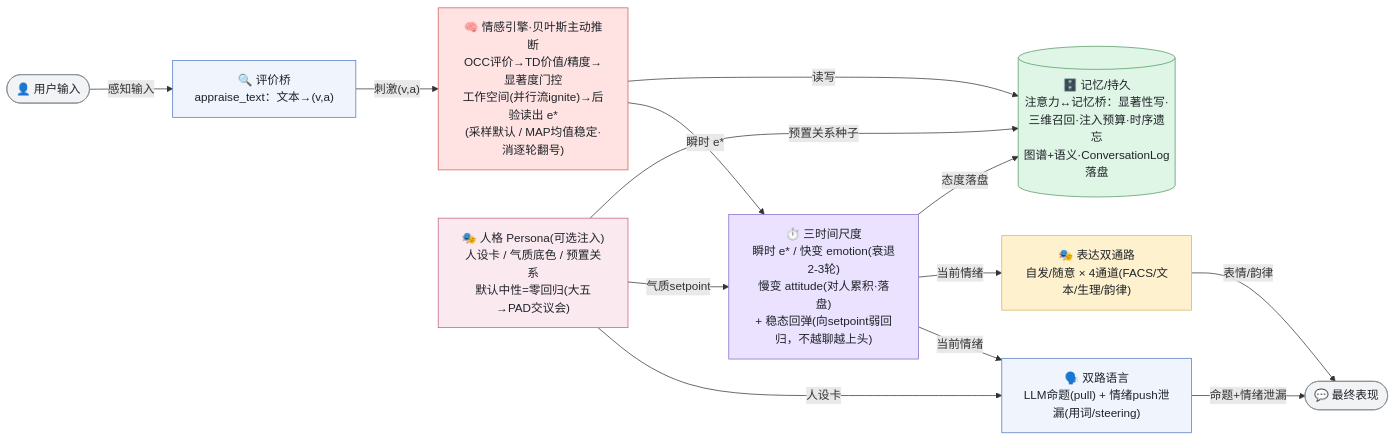
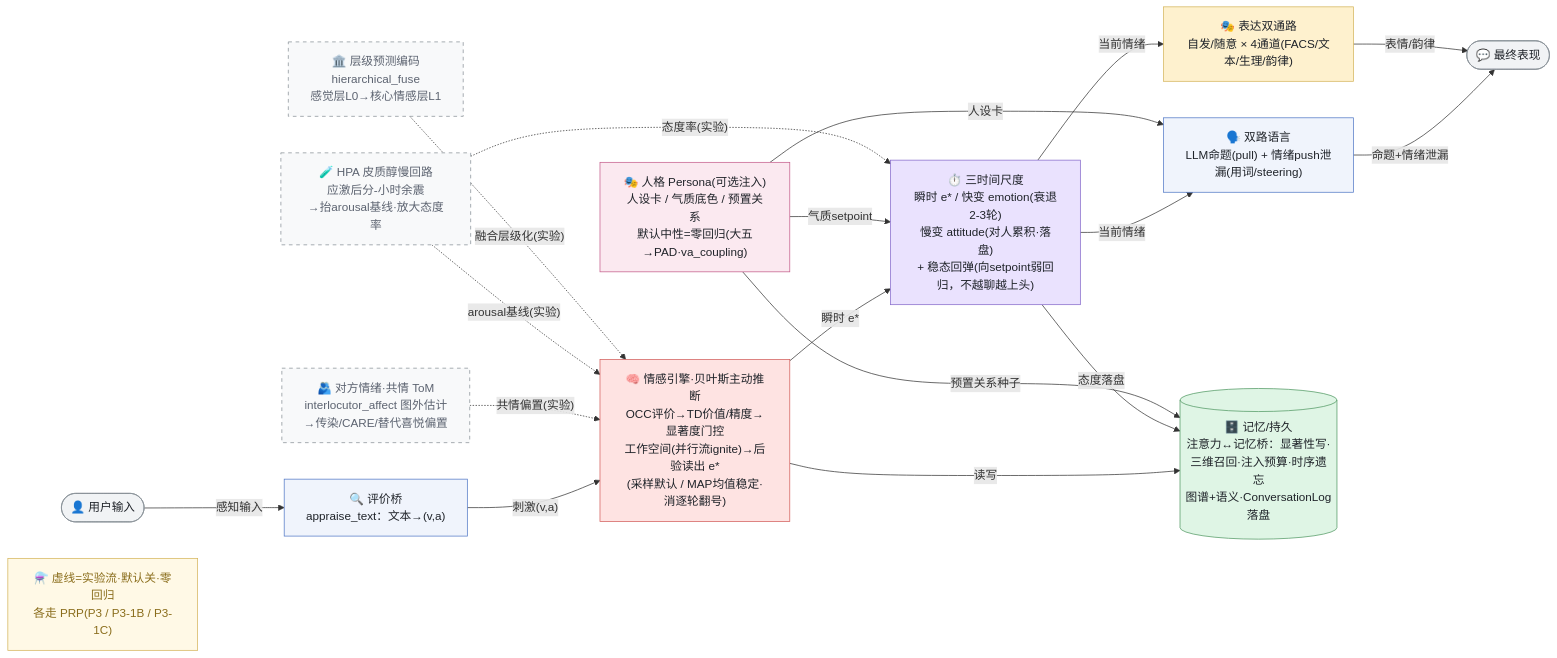
One commit to WizardHeHeJun/Zero changed the diagram in docs/v2/framework-current.mmd. Above: the diagram before and after it, drawn with Mermaid. The commit also changed 40 other files, not shown here.

```diff
--- a/docs/v2/framework-current.mmd
+++ b/docs/v2/framework-current.mmd
@@ -1,32 +1,44 @@
 flowchart LR
   user(["👤 用户输入"]):::terminal
   appraise["🔍 评价桥<br/>appraise_text：文本→(v,a)"]:::appraise
   engine["🧠 情感引擎·贝叶斯主动推断<br/>OCC评价→TD价值/精度→显著度门控<br/>工作空间(并行流ignite)→后验读出 e*<br/>(采样默认 / MAP均值稳定·消逐轮翻号)"]:::engine
   timescales["⏱️ 三时间尺度<br/>瞬时 e* / 快变 emotion(衰退2-3轮)<br/>慢变 attitude(对人累积·落盘)<br/>+ 稳态回弹(向setpoint弱回归，不越聊越上头)"]:::timescale
   language["🗣️ 双路语言<br/>LLM命题(pull) + 情绪push泄漏(用词/steering)"]:::language
   expression["🎭 表达双通路<br/>自发/随意 × 4通道(FACS/文本/生理/韵律)"]:::expression
-  persona["🎭 人格 Persona(可选注入)<br/>人设卡 / 气质底色 / 预置关系<br/>默认中性=零回归(大五→PAD交议会)"]:::persona
+  persona["🎭 人格 Persona(可选注入)<br/>人设卡 / 气质底色 / 预置关系<br/>默认中性=零回归(大五→PAD·va_coupling)"]:::persona
   memory[("🗄️ 记忆/持久<br/>注意力↔记忆桥：显著性写·三维召回·注入预算·时序遗忘<br/>图谱+语义·ConversationLog落盘")]:::memory
   output(["💬 最终表现"]):::terminal
+
+  tom["🫂 对方情绪·共情 ToM<br/>interlocutor_affect 图外估计<br/>→传染/CARE/替代喜悦偏置"]:::experimental
+  hpa["🧪 HPA 皮质醇慢回路<br/>应激后分-小时余震<br/>→抬arousal基线·放大态度率"]:::experimental
+  hpc["🏛️ 层级预测编码<br/>hierarchical_fuse<br/>感觉层L0→核心情感层L1"]:::experimental
+  expnote["⚗️ 虚线=实验流·默认关·零回归<br/>各走 PRP(P3 / P3-1B / P3-1C)"]:::expnote
 
   user -->|"感知输入"| appraise
   appraise -->|"刺激(v,a)"| engine
   engine -->|"瞬时 e*"| timescales
   timescales -->|"当前情绪"| language
   timescales -->|"当前情绪"| expression
   language -->|"命题+情绪泄漏"| output
   expression -->|"表情/韵律"| output
   engine -->|"读写"| memory
   timescales -->|"态度落盘"| memory
   persona -->|"人设卡"| language
   persona -->|"气质setpoint"| timescales
   persona -->|"预置关系种子"| memory
 
+  tom -.->|"共情偏置(实验)"| engine
+  hpa -.->|"arousal基线(实验)"| engine
+  hpa -.->|"态度率(实验)"| timescales
+  hpc -.->|"融合层级化(实验)"| engine
+
   classDef terminal fill:#F1F3F5,stroke:#868E96,color:#1F2329
   classDef appraise fill:#F0F4FC,stroke:#5178C6,color:#1F2329
   classDef engine fill:#FEE3E2,stroke:#D25D5A,color:#1F2329
   classDef timescale fill:#EAE2FE,stroke:#8569CB,color:#1F2329
   classDef language fill:#F0F4FC,stroke:#5178C6,color:#1F2329
   classDef expression fill:#FEF1CE,stroke:#D4B45B,color:#1F2329
   classDef memory fill:#DFF5E5,stroke:#509863,color:#1F2329
   classDef persona fill:#FBE9F0,stroke:#C45D8B,color:#1F2329
+  classDef experimental fill:#F8F9FA,stroke:#868E96,stroke-dasharray:5 5,color:#5C6370
+  classDef expnote fill:#FFF9E6,stroke:#D4B45B,color:#8A6D1B
```
